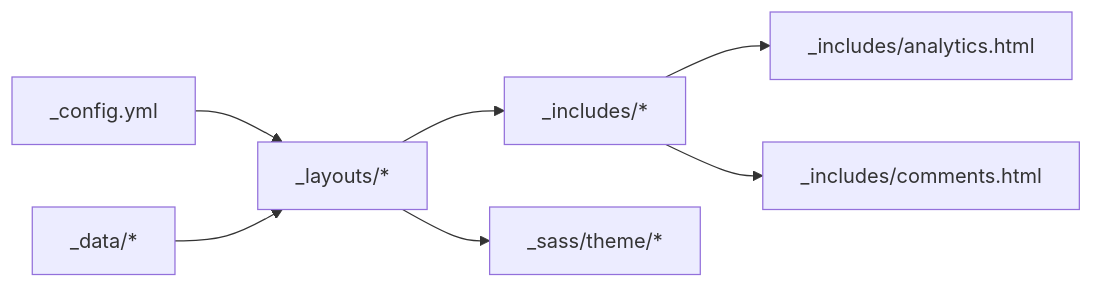
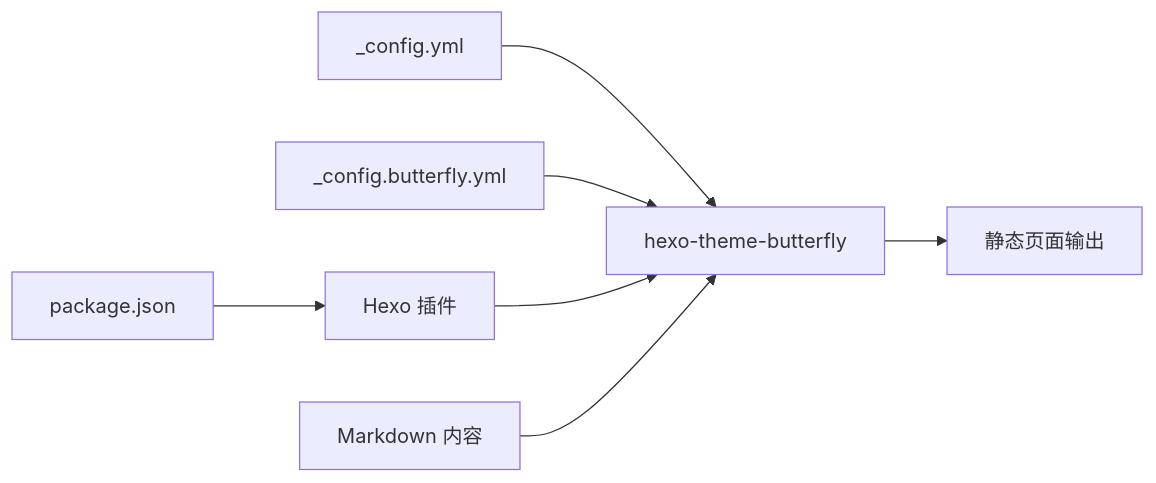
Before and after one commit to CoolPig0720/CoolPig0720.github.io: the sixth of 6 diagrams in .qoder/repowiki/zh/content/项目概述/核心功能特性/核心功能特性.md, drawn with Mermaid. The commit also changed other lines of this file and 36 other files, not shown here.

````diff
--- a/.qoder/repowiki/zh/content/项目概述/核心功能特性/核心功能特性.md
+++ b/.qoder/repowiki/zh/content/项目概述/核心功能特性/核心功能特性.md
@@ -372,9 +290,9 @@
 ```mermaid
 graph LR
-Config["_config.yml"] --> Layouts["_layouts/*"]
-Layouts --> Includes["_includes/*"]
-Layouts --> Themes["_sass/theme/*"]
-Data["_data/*"] --> Layouts
-Includes --> Analytics["_includes/analytics.html"]
-Includes --> Comments["_includes/comments.html"]
+HexoConfig["_config.yml"] --> ButterflyTheme["hexo-theme-butterfly"]
+ThemeConfig["_config.butterfly.yml"] --> ButterflyTheme
+PackageJSON["package.json"] --> Plugins["Hexo 插件"]
+Plugins --> ButterflyTheme
+Content["Markdown 内容"] --> ButterflyTheme
+ButterflyTheme --> Output["静态页面输出"]
 ```
````
